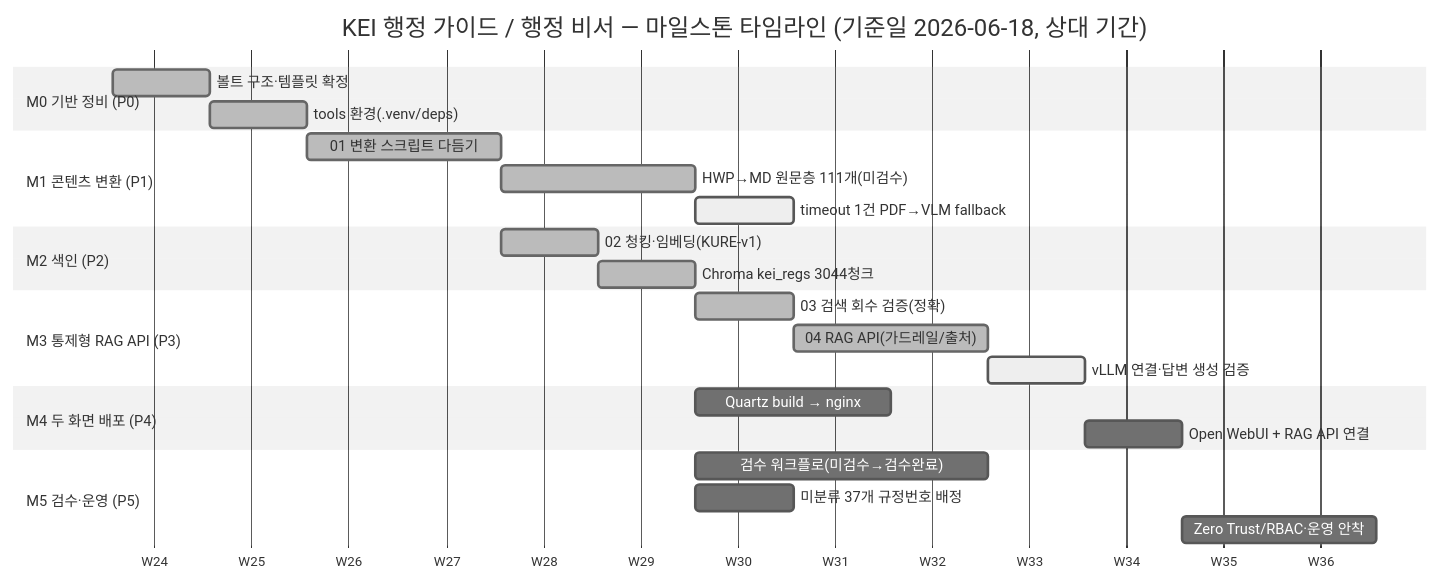
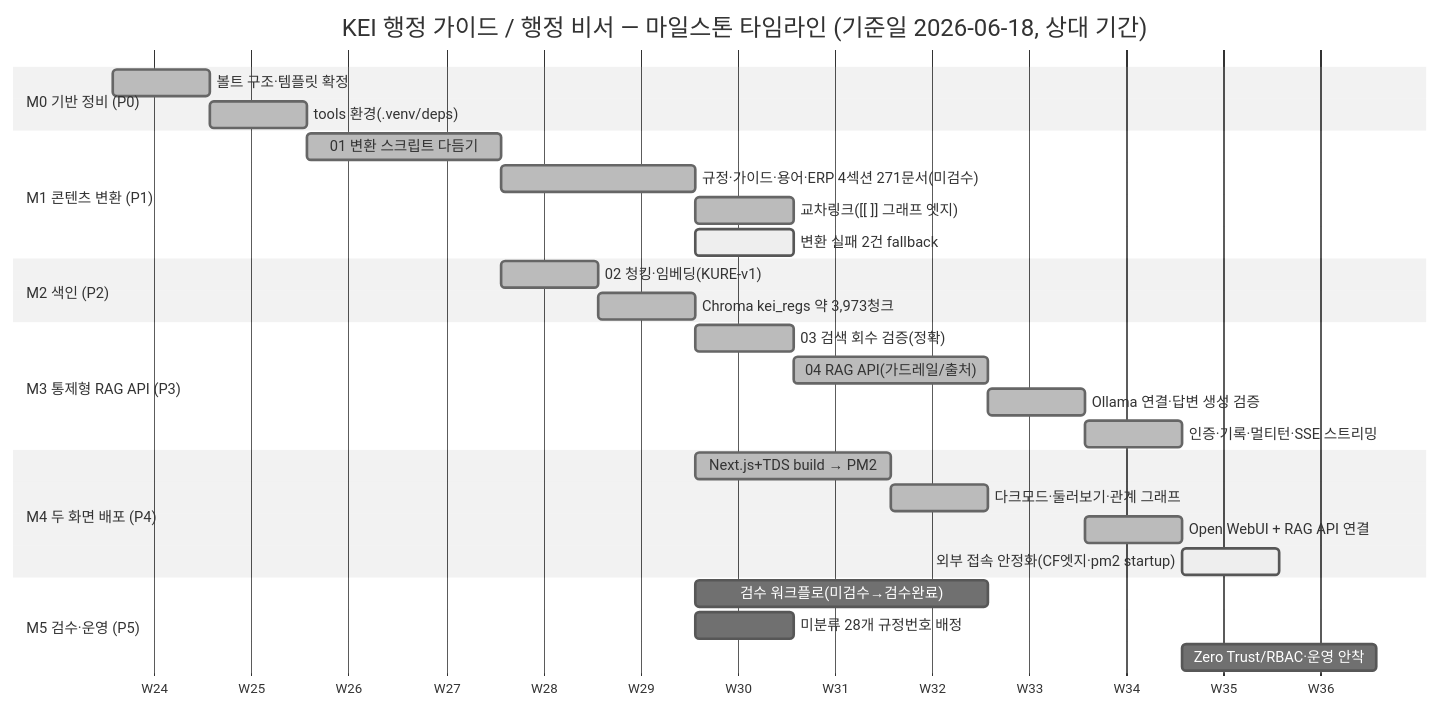
Before and after one commit to mooner92/KEIAdminSuperv: the first of 2 diagrams in docs/08-roadmap.md, drawn with Mermaid (neutral theme). The commit also changed other lines of this file and 6 other files, not shown here.

First line of the commit message:
docs: 문서 현행화 — 4개 섹션·271문서·교차링크·스트리밍·다크모드 + 간트 갱신

````diff
--- a/docs/08-roadmap.md
+++ b/docs/08-roadmap.md
@@ -45,34 +44,38 @@
 ```mermaid
 gantt
     title KEI 행정 가이드 / 행정 비서 — 마일스톤 타임라인 (기준일 2026-06-18, 상대 기간)
     dateFormat YYYY-MM-DD
     axisFormat W%W
     todayMarker off
 
     section M0 기반 정비 (P0)
     볼트 구조·템플릿 확정      :done, m0a, 2026-06-18, 1w
     tools 환경(.venv/deps)     :done, m0b, after m0a, 1w
 
     section M1 콘텐츠 변환 (P1)
     01 변환 스크립트 다듬기     :done, m1a, after m0b, 2w
-    HWP→MD 원문층 111개(미검수) :done, m1b, after m1a, 2w
-    timeout 1건 PDF→VLM fallback :active, m1c, after m1b, 1w
+    규정·가이드·용어·ERP 4섹션 271문서(미검수) :done, m1b, after m1a, 2w
+    교차링크([[ ]] 그래프 엣지) :done, m1d, after m1b, 1w
+    변환 실패 2건 fallback      :active, m1c, after m1b, 1w
 
     section M2 색인 (P2)
     02 청킹·임베딩(KURE-v1)     :done, m2a, after m1a, 1w
-    Chroma kei_regs 3044청크    :done, m2b, after m2a, 1w
+    Chroma kei_regs 약 3,973청크 :done, m2b, after m2a, 1w
 
     section M3 통제형 RAG API (P3)
     03 검색 회수 검증(정확)     :done, m3a, after m2b, 1w
     04 RAG API(가드레일/출처)   :done, m3b, after m3a, 2w
-    vLLM 연결·답변 생성 검증    :active, m3c, after m3b, 1w
+    Ollama 연결·답변 생성 검증  :done, m3c, after m3b, 1w
+    인증·기록·멀티턴·SSE 스트리밍 :done, m3d, after m3c, 1w
 
     section M4 두 화면 배포 (P4)
-    Quartz build → nginx       :m4a, after m1b, 2w
-    Open WebUI + RAG API 연결   :m4b, after m3c, 1w
+    Next.js+TDS build → PM2     :done, m4a, after m1b, 2w
+    다크모드·둘러보기·관계 그래프 :done, m4d, after m4a, 1w
+    Open WebUI + RAG API 연결   :done, m4b, after m3c, 1w
+    외부 접속 안정화(CF엣지·pm2 startup) :active, m4c, after m4b, 1w
 
     section M5 검수·운영 (P5)
     검수 워크플로(미검수→검수완료):m5a, after m1b, 3w
-    미분류 37개 규정번호 배정    :m5c, after m1b, 1w
+    미분류 28개 규정번호 배정    :m5c, after m1b, 1w
     Zero Trust/RBAC·운영 안착   :m5b, after m4b, 2w
 ```
````
